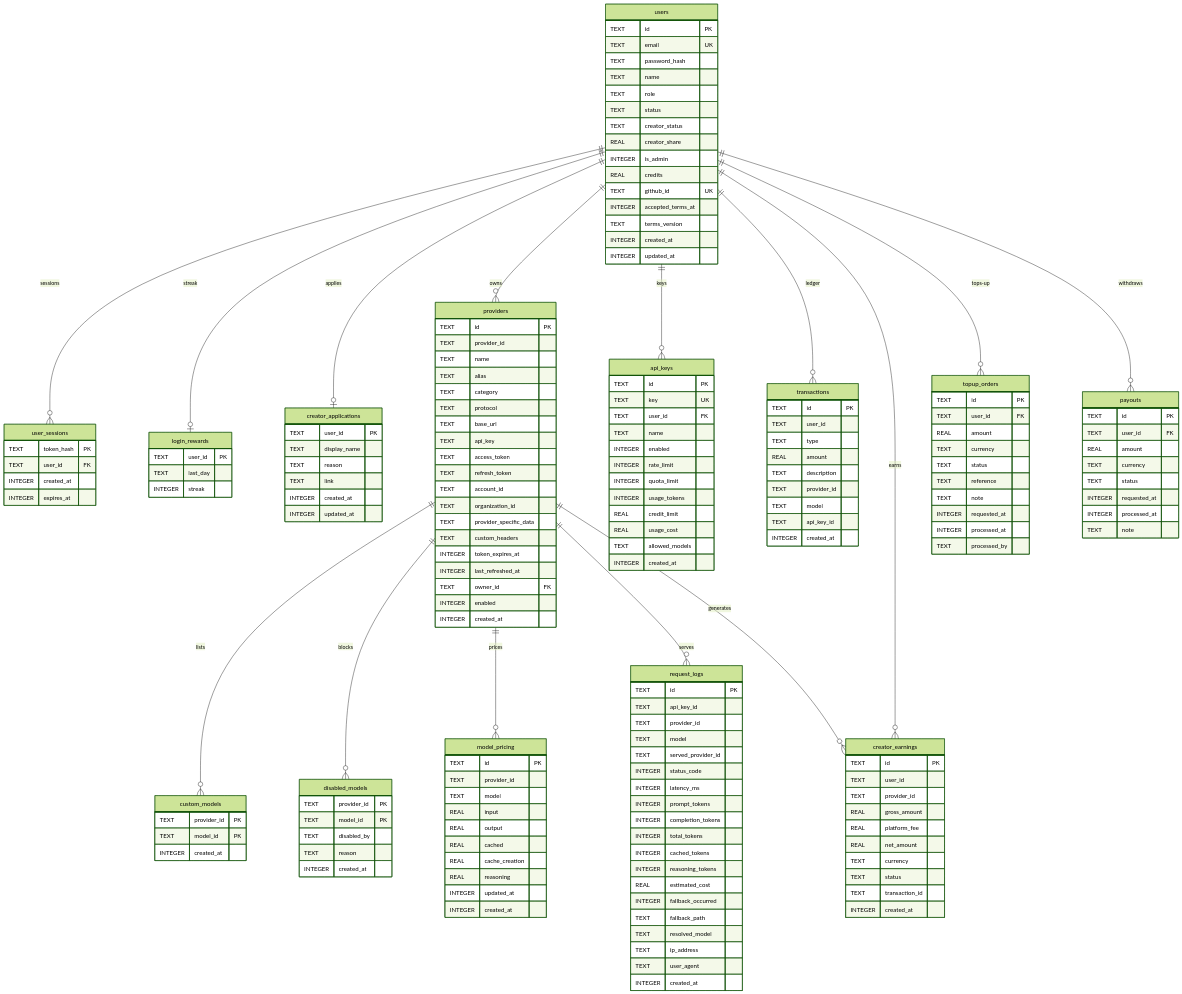
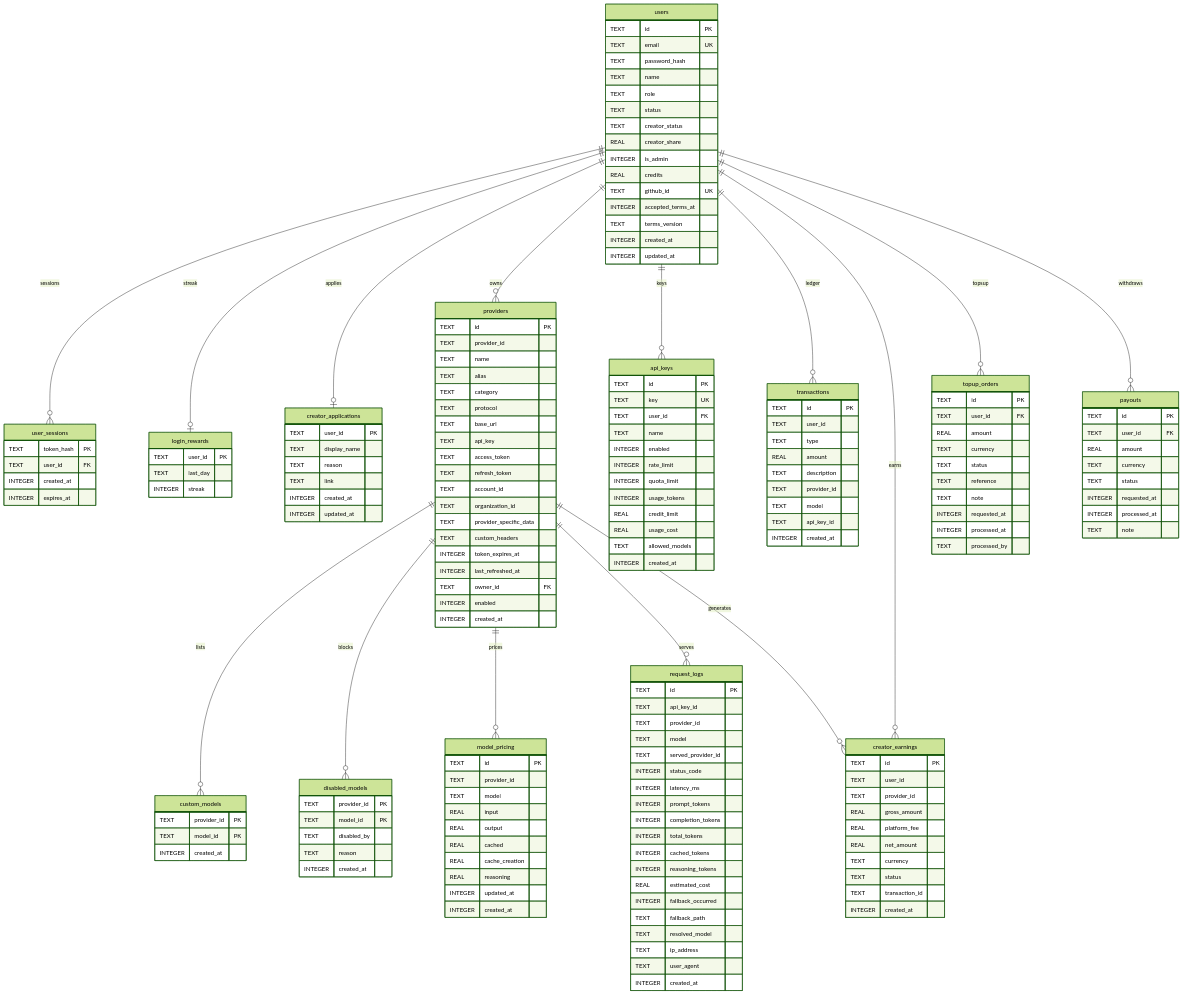
One commit to qwetls/xeygate changed the second of 4 diagrams in README.md. Above: the diagram before and after it, drawn with Mermaid (forest theme).

Commit message:
fix: remove dash from ER relationship label tops-up -> topsup

```diff
--- a/README.md
+++ b/README.md
@@ -426,7 +426,7 @@
     users ||--o{ api_keys : keys
     users ||--o{ transactions : ledger
     users ||--o{ creator_earnings : earns
-    users ||--o{ topup_orders : tops-up
+    users ||--o{ topup_orders : topsup
     users ||--o{ payouts : withdraws
     providers ||--o{ custom_models : lists
     providers ||--o{ disabled_models : blocks
```
